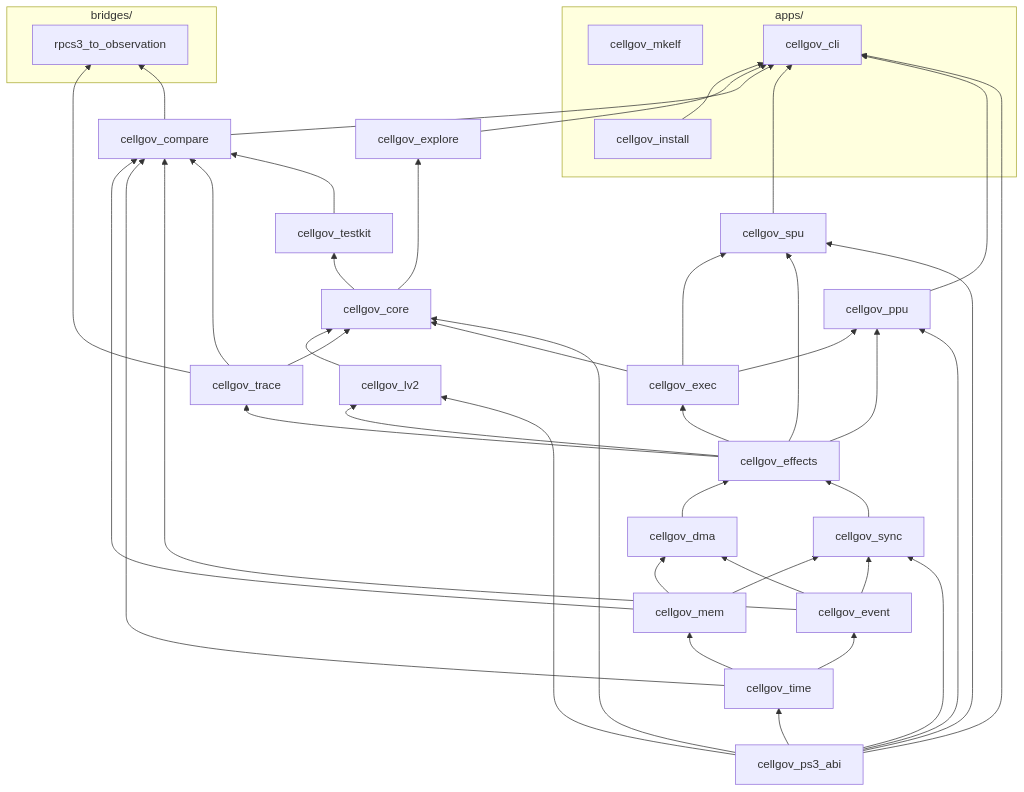
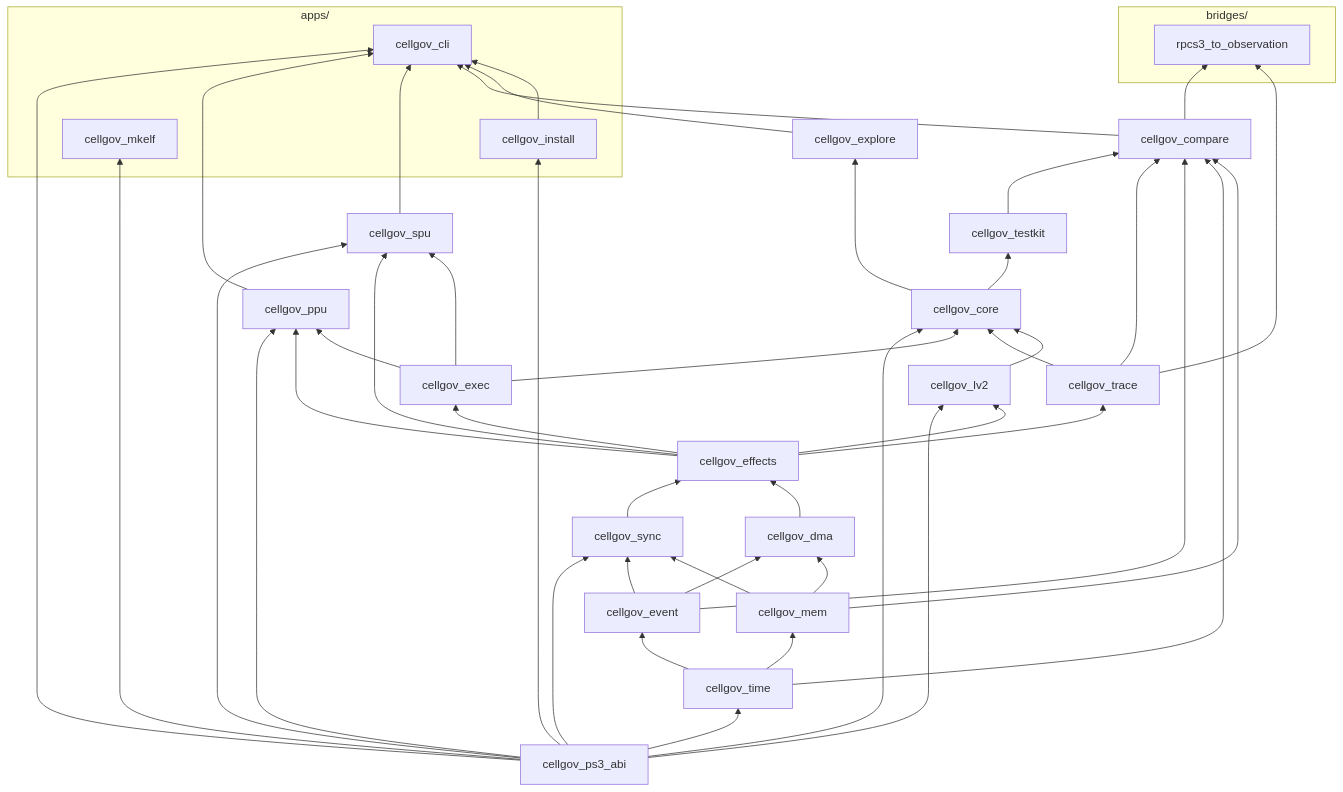
One commit to RoyalAce22/CellGov changed the diagram in docs/architecture.md. Above: the diagram before and after it, drawn with Mermaid. The commit also changed other lines of this file and 74 other files, not shown here.

````diff
--- a/docs/architecture.md
+++ b/docs/architecture.md
@@ -26,80 +26,81 @@
 ```mermaid
 graph BT
   subgraph apps ["apps/"]
     firmware["cellgov_install"]
     mkelf["cellgov_mkelf"]
     cli["cellgov_cli"]
   end
 
   subgraph bridges ["bridges/"]
     rpcs3obs["rpcs3_to_observation"]
   end
 
   ps3_abi[cellgov_ps3_abi]
   time[cellgov_time]
   event[cellgov_event]
   mem[cellgov_mem]
   sync[cellgov_sync]
   dma[cellgov_dma]
   effects[cellgov_effects]
   exec[cellgov_exec]
   trace[cellgov_trace]
   lv2[cellgov_lv2]
   core[cellgov_core]
   ppu[cellgov_ppu]
   spu[cellgov_spu]
   testkit[cellgov_testkit]
   explore[cellgov_explore]
   compare[cellgov_compare]
 
   ps3_abi --> time
   ps3_abi --> sync
   ps3_abi --> lv2
   ps3_abi --> ppu
   ps3_abi --> spu
   ps3_abi --> core
   ps3_abi --> cli
+  ps3_abi --> firmware
+  ps3_abi --> mkelf
 
   time --> event
   time --> mem
 
   event --> sync
   event --> dma
   mem --> sync
   mem --> dma
 
   sync --> effects
   dma --> effects
 
   effects --> exec
   effects --> trace
   effects --> lv2
   effects --> ppu
   effects --> spu
 
   exec --> core
   exec --> ppu
   exec --> spu
   trace --> core
   lv2 --> core
 
   core --> testkit
   core --> explore
 
   testkit --> compare
   trace --> compare
   event --> compare
   time --> compare
   mem --> compare
 
   ppu --> cli
   spu --> cli
   compare --> cli
   explore --> cli
   compare --> rpcs3obs
   trace --> rpcs3obs
 
   ppu ~~~ spu
   firmware --> cli
-  firmware ~~~ mkelf
 ```
````
